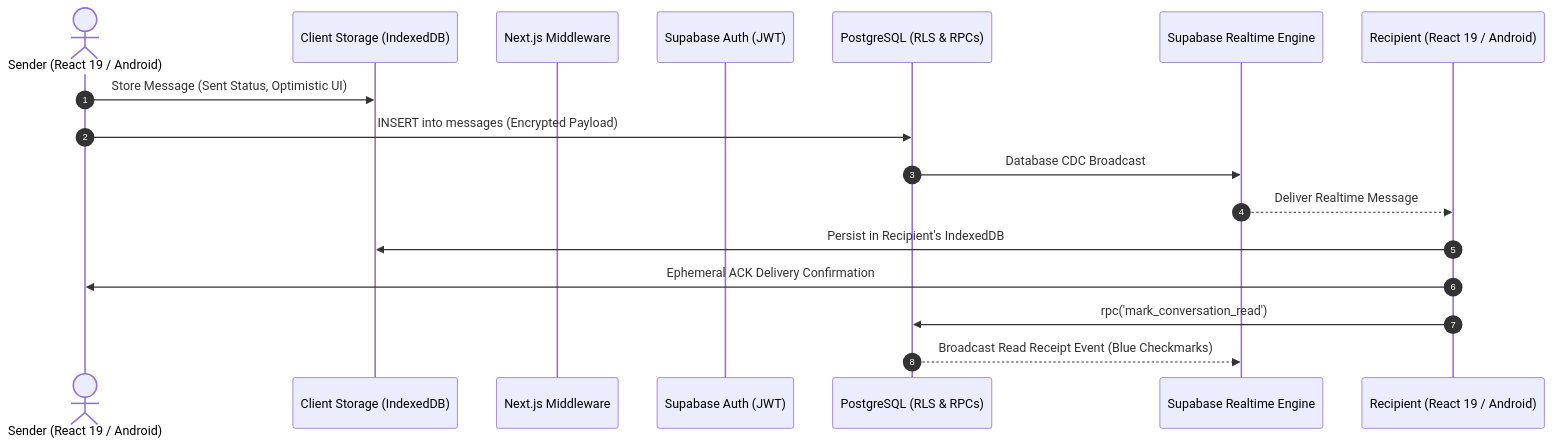
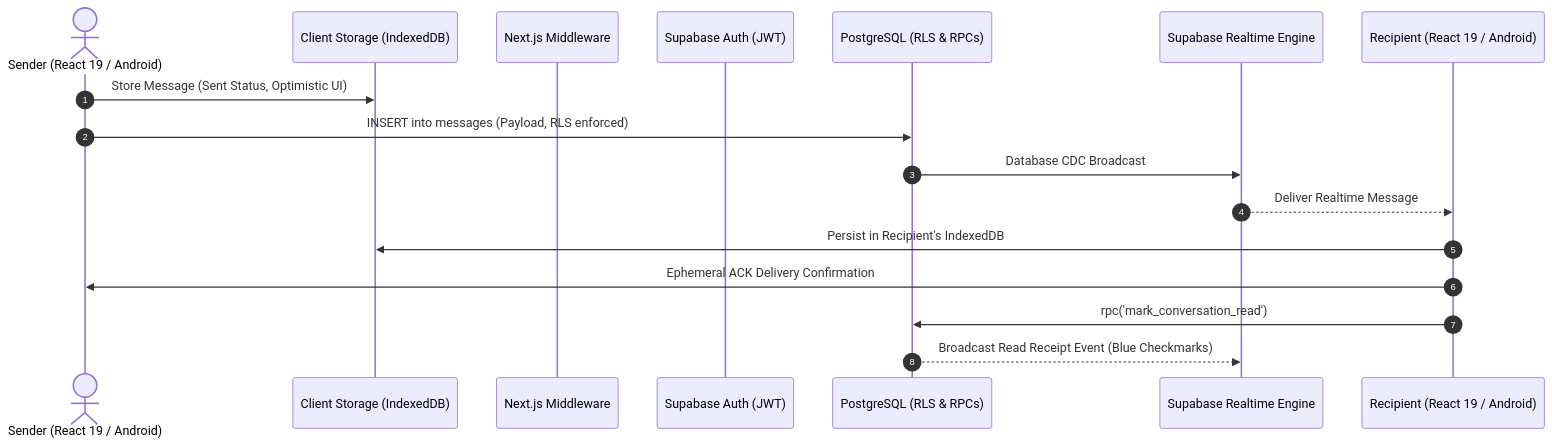
The first of 2 diagrams in README.md (akashdebbarma06/Real-Time-Chat-Application), drawn with Mermaid before and after one commit. The commit also changed other lines of this file and 38 other files, not shown here.

````diff
--- a/README.md
+++ b/README.md
@@ -52,20 +54,20 @@
 ```mermaid
 sequenceDiagram
     autonumber
     actor User as Sender (React 19 / Android)
     participant ClientDB as Client Storage (IndexedDB)
     participant MW as Next.js Middleware
     participant Auth as Supabase Auth (JWT)
     participant DB as PostgreSQL (RLS & RPCs)
     participant RT as Supabase Realtime Engine
     participant Peer as Recipient (React 19 / Android)
 
     User->>ClientDB: Store Message (Sent Status, Optimistic UI)
-    User->>DB: INSERT into messages (Encrypted Payload)
+    User->>DB: INSERT into messages (Payload, RLS enforced)
     DB->>RT: Database CDC Broadcast
     RT-->>Peer: Deliver Realtime Message
     Peer->>ClientDB: Persist in Recipient's IndexedDB
     Peer->>User: Ephemeral ACK Delivery Confirmation
     Peer->>DB: rpc('mark_conversation_read')
     DB-->>RT: Broadcast Read Receipt Event (Blue Checkmarks)
 ```
````
